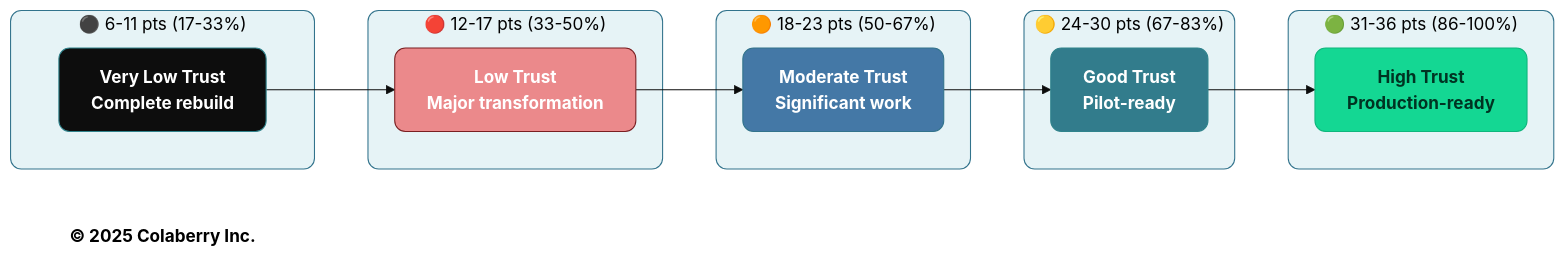
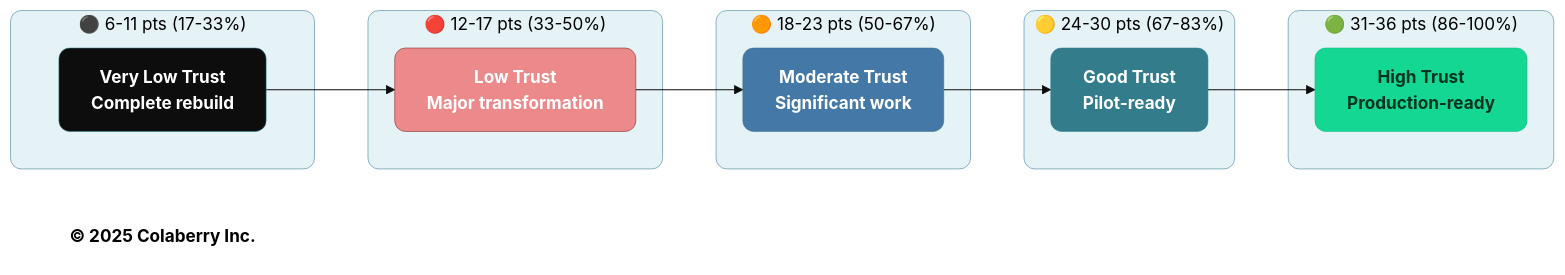
The third of 6 diagrams in manuscript/10_chapter_9_measuring_agent_readiness.md (saitejesh-cyber/trust-before-intelligence-book), drawn with Mermaid (base theme) before and after one commit. The commit also changed other lines of this file and 12 other files, not shown here.

Commit message:
Update stroke width to 0.5px instead of 1px to all the diagrams

````diff
--- a/manuscript/10_chapter_9_measuring_agent_readiness.md
+++ b/manuscript/10_chapter_9_measuring_agent_readiness.md
@@ -203,38 +203,38 @@
 ```mermaid
 graph LR
     subgraph VERYLOW["⚫ 6-11 pts (17-33%)"]
         VL["<b>Very Low Trust</b><br/><b>Complete rebuild</b>"]
     end
     
     subgraph LOW["🔴 12-17 pts (33-50%)"]
         L["<b>Low Trust</b><br/><b>Major transformation</b>"]
     end
     
     subgraph MOD["🟠 18-23 pts (50-67%)"]
         M["<b>Moderate Trust</b><br/><b>Significant work</b>"]
     end
     
     subgraph GOOD["🟡 24-30 pts (67-83%)"]
         G["<b>Good Trust</b><br/><b>Pilot-ready</b>"]
     end
     
     subgraph HIGH["🟢 31-36 pts (86-100%)"]
         H["<b>High Trust</b><br/><b>Production-ready</b>"]
     end
     
     VL --> L --> M --> G --> H
     
     Copyright["<b>© 2025 Colaberry Inc.</b>"]
     
-    style VERYLOW fill:#E6F3F6,stroke:#32738C,stroke-width:1px,color:#000000,rx:10,ry:10
-    style LOW fill:#E6F3F6,stroke:#32738C,stroke-width:1px,color:#000000,rx:10,ry:10
-    style MOD fill:#E6F3F6,stroke:#32738C,stroke-width:1px,color:#000000,rx:10,ry:10
-    style GOOD fill:#E6F3F6,stroke:#32738C,stroke-width:1px,color:#000000,rx:10,ry:10
-    style HIGH fill:#E6F3F6,stroke:#32738C,stroke-width:1px,color:#000000,rx:10,ry:10
-    style VL fill:#0D0D0D,stroke:#30838C,stroke-width:1px,color:#ffffff,rx:10,ry:10
-    style L fill:#EB898B,stroke:#7A1F22,stroke-width:1px,color:#ffffff,rx:10,ry:10
-    style M fill:#4478A6,stroke:#32738C,stroke-width:1px,color:#ffffff,rx:10,ry:10
-    style G fill:#327C8C,stroke:#30838C,stroke-width:1px,color:#ffffff,rx:10,ry:10
-    style H fill:#14D793,stroke:#0FB67D,stroke-width:1px,color:#003322,rx:10,ry:10
+    style VERYLOW fill:#E6F3F6,stroke:#32738C,stroke-width:0.5px,color:#000000,rx:10,ry:10
+    style LOW fill:#E6F3F6,stroke:#32738C,stroke-width:0.5px,color:#000000,rx:10,ry:10
+    style MOD fill:#E6F3F6,stroke:#32738C,stroke-width:0.5px,color:#000000,rx:10,ry:10
+    style GOOD fill:#E6F3F6,stroke:#32738C,stroke-width:0.5px,color:#000000,rx:10,ry:10
+    style HIGH fill:#E6F3F6,stroke:#32738C,stroke-width:0.5px,color:#000000,rx:10,ry:10
+    style VL fill:#0D0D0D,stroke:#30838C,stroke-width:0.5px,color:#ffffff,rx:10,ry:10
+    style L fill:#EB898B,stroke:#7A1F22,stroke-width:0.5px,color:#ffffff,rx:10,ry:10
+    style M fill:#4478A6,stroke:#32738C,stroke-width:0.5px,color:#ffffff,rx:10,ry:10
+    style G fill:#327C8C,stroke:#30838C,stroke-width:0.5px,color:#ffffff,rx:10,ry:10
+    style H fill:#14D793,stroke:#0FB67D,stroke-width:0.5px,color:#003322,rx:10,ry:10
     style Copyright fill:none,stroke:none,color:#000000
 ```
````
